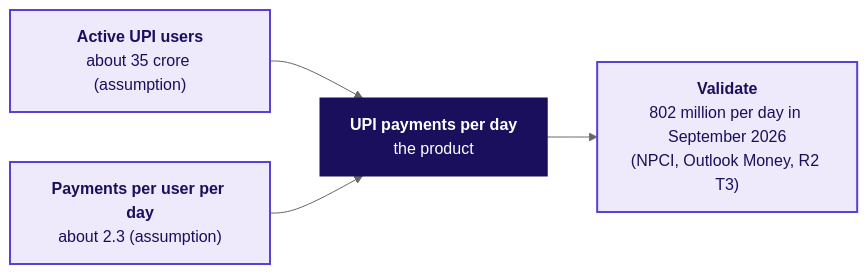
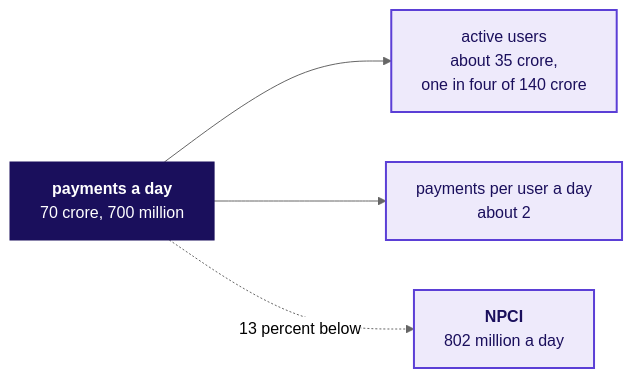
Before and after one commit to fde-academy-lab/c2-content-factory: the fifth of 6 diagrams in content/W04/D2/slides/C2_W04_D02_half2_STUDENT.md, drawn with Mermaid (neutral theme). The commit also changed other lines of this file and 8 other files, not shown here.

````diff
--- a/content/W04/D2/slides/C2_W04_D02_half2_STUDENT.md
+++ b/content/W04/D2/slides/C2_W04_D02_half2_STUDENT.md
@@ -131,14 +279,10 @@
 ```mermaid
 flowchart LR
-    U["<b>UPI payments per day</b><br/>the product"]
-    A["<b>Active UPI users</b><br/>about 35 crore (assumption)"]
-    P["<b>Payments per user per day</b><br/>about 2.3 (assumption)"]
-    A --> U
-    P --> U
-    V["<b>Validate</b><br/>802 million per day in September 2026<br/>(NPCI, Outlook Money, R2 T3)"]
-    U --> V
+    U["<b>payments a day</b><br/>70 crore, 700 million"] --> A["active users<br/>about 35 crore,<br/>one in four of 140 crore"]
+    U --> F["payments per user a day<br/>about 2"]
+    U -.->|"13 percent below"| N["<b>NPCI</b><br/>802 million a day"]
     classDef lit fill:#1A0F5C,stroke:#1A0F5C,color:#FFFFFF
     classDef known fill:#EEEAFB,stroke:#5B3FD6,color:#1A0F5C,stroke-width:2px
     class U lit
-    class A,P,V known
+    class A,F,N known
 ```
````
